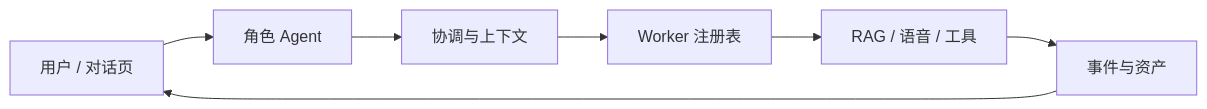
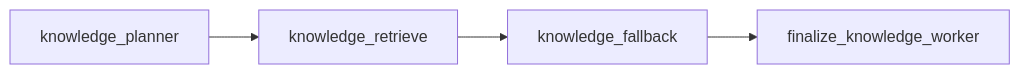
The third of 3 diagrams in docs/site/concepts/architecture.md (TKGEKKOU/charactoid), drawn with Mermaid before and after one commit. The commit also changed other lines of this file and 44 other files, not shown here.

````diff
--- a/docs/site/concepts/architecture.md
+++ b/docs/site/concepts/architecture.md
@@ -5,9 +80,6 @@
 ```mermaid
 flowchart LR
-  U[用户 / 对话页] --> A[角色 Agent]
-  A --> S[协调与上下文]
-  S --> W[Worker 注册表]
-  W --> R[RAG / 语音 / 工具]
-  R --> E[事件与资产]
-  E --> U
+  A[knowledge_planner] --> B[knowledge_retrieve]
+  B --> C[knowledge_fallback]
+  C --> D[finalize_knowledge_worker]
 ```
````
